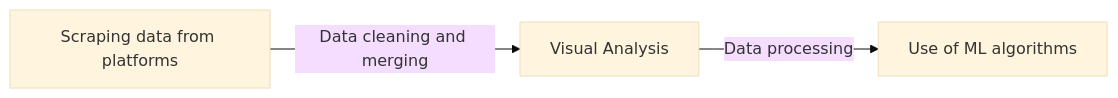
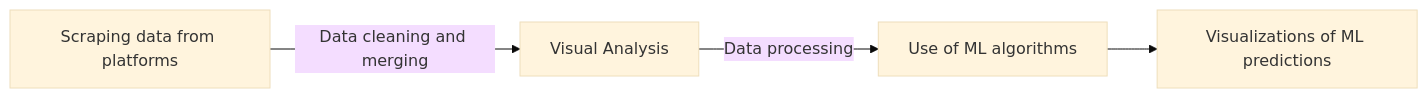
One commit to OgrodowskiJedrzej/Food-Apps-Review-Revisit changed the diagram in README.md. Above: the diagram before and after it, drawn with Mermaid (base theme). The commit also changed other lines of this file, not shown here.

````diff
--- a/README.md
+++ b/README.md
@@ -23,5 +23,5 @@
 ```mermaid
 graph LR
-A[Scraping data from platforms] -- Data cleaning and merging --> B[Visual Analysis]-- Data processing -->C[Use of ML algorithms]
+A[Scraping data from platforms] -- Data cleaning and merging --> B[Visual Analysis]-- Data processing -->C[Use of ML algorithms] -->D[Visualizations of ML predictions]
 
 ```
````
